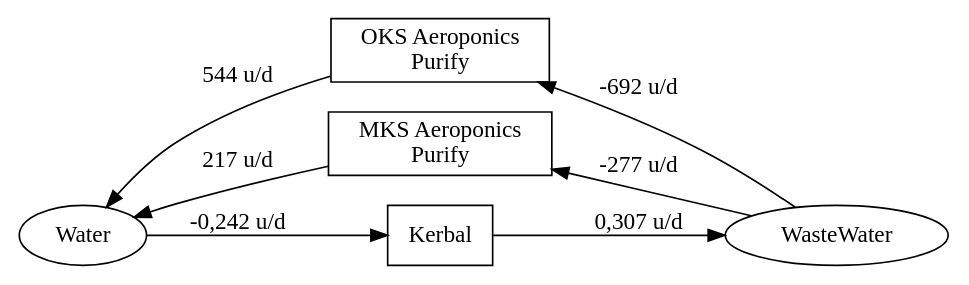
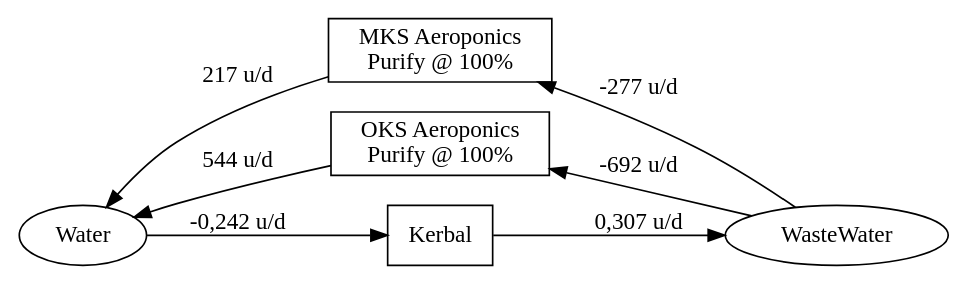
Before and after one commit to mhoram-kerbin/USI-Kolonization-Systems-Resources: the diagram in LifeSupport/Water.dot, drawn with Graphviz. The commit also changed 1 other file, not shown here.

Commit message:
updated graphs

```diff
--- a/LifeSupport/Water.dot
+++ b/LifeSupport/Water.dot
@@ -1,35 +1,35 @@
 /* -*- coding: utf-8; -*-
 Overview over USI Kolonization System Resources
 Copyright 2014 By Mhoram
 
 This Work may be distributed under the Creative Commons
 Attribution-NonCommercial-ShareAlike 4.0 International License.
 
 */
 
 # dot -Tpng -o Water.png Water.dot
 
 digraph Water {
     rankdir="LR";
 
     Kerbal [label="Kerbal", shape=box];
-    OksPurify [label="OKS Aeroponics\nPurify", shape=box];
-    MksPurify [label="MKS Aeroponics\nPurify", shape=box];
+    MksPurify [label="MKS Aeroponics\nPurify @ 100%", shape=box];
+    OksPurify [label="OKS Aeroponics\nPurify @ 100%", shape=box];
 
     {
         rank=same;
+        MksPurify;
         OksPurify;
         Kerbal;
-        MksPurify;
     }
+
+    WasteWater -> MksPurify [label="-277 u/d",constraint=none];
+    MksPurify -> Water [label="217 u/d",constraint=none];
+
+    Water -> Kerbal [label="-0,242 u/d"];
+    Kerbal -> WasteWater [label="0,307 u/d"];
 
     WasteWater -> OksPurify [label="-692 u/d",constraint=none];
     OksPurify -> Water [label="544 u/d",constraint=none];
 
-    Water -> Kerbal [label="-0,242 u/d"];
-    Kerbal -> WasteWater [label="0,307 u/d"];
-
-    WasteWater -> MksPurify [label="-277 u/d",constraint=none];
-    MksPurify -> Water [label="217 u/d",constraint=none];
-
 }
```
